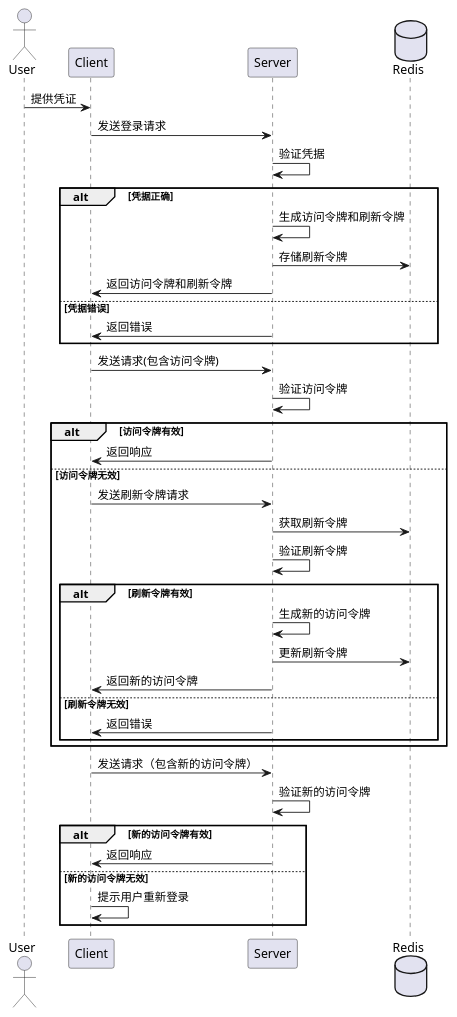
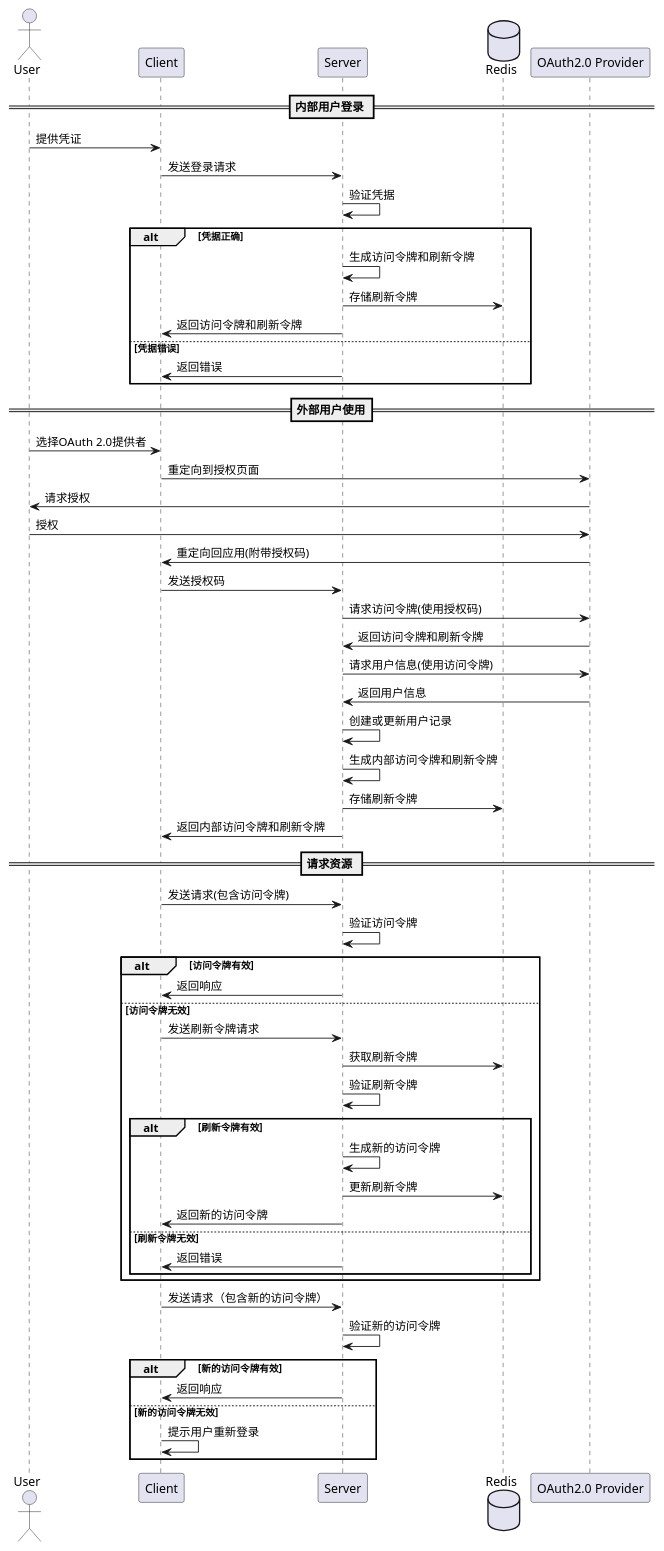
One commit to apple115/discord-clone changed the first of 3 diagrams in doc/画图.org. Above: the diagram before and after it, drawn with PlantUML. The commit also changed 1 other file, not shown here.

Commit message:
docs: 更新登录的图

```diff
--- a/doc/画图.org
+++ b/doc/画图.org
@@ -65,45 +65,64 @@
 #+begin_src plantuml :file ../img/登录图.png :width 400
 @startuml
 actor User
 participant "Client" as Client
 participant "Server" as Server
 database "Redis" as Redis
+participant "OAuth2.0 Provider" as OAuthProvider
 
+== 内部用户登录 ==
 User -> Client: 提供凭证
 Client -> Server: 发送登录请求
 Server -> Server: 验证凭据
 alt 凭据正确
     Server -> Server: 生成访问令牌和刷新令牌
     Server -> Redis: 存储刷新令牌
     Server -> Client: 返回访问令牌和刷新令牌
 else 凭据错误
     Server -> Client: 返回错误
 end
+
+== 外部用户使用==
+User -> Client: 选择OAuth 2.0提供者
+Client -> OAuthProvider: 重定向到授权页面
+OAuthProvider -> User: 请求授权
+User -> OAuthProvider: 授权
+OAuthProvider -> Client: 重定向回应用(附带授权码)
+Client -> Server: 发送授权码
+Server -> OAuthProvider: 请求访问令牌(使用授权码)
+OAuthProvider -> Server: 返回访问令牌和刷新令牌
+Server -> OAuthProvider: 请求用户信息(使用访问令牌)
+OAuthProvider -> Server: 返回用户信息
+Server -> Server: 创建或更新用户记录
+Server -> Server: 生成内部访问令牌和刷新令牌
+Server -> Redis: 存储刷新令牌
+Server -> Client: 返回内部访问令牌和刷新令牌
+== 请求资源 ==
 
 Client -> Server: 发送请求(包含访问令牌)
 Server -> Server: 验证访问令牌
 alt 访问令牌有效
     Server -> Client: 返回响应
 else 访问令牌无效
     Client -> Server: 发送刷新令牌请求
     Server -> Redis: 获取刷新令牌
     Server -> Server: 验证刷新令牌
     alt 刷新令牌有效
         Server -> Server: 生成新的访问令牌
         Server -> Redis: 更新刷新令牌
         Server -> Client: 返回新的访问令牌
     else 刷新令牌无效
         Server -> Client: 返回错误
     end
 end
 
 Client -> Server: 发送请求（包含新的访问令牌）
 Server -> Server: 验证新的访问令牌
 alt 新的访问令牌有效
     Server -> Client: 返回响应
 else 新的访问令牌无效
     Client -> Client: 提示用户重新登录
 end
 
 @enduml
 #+end_src
```
